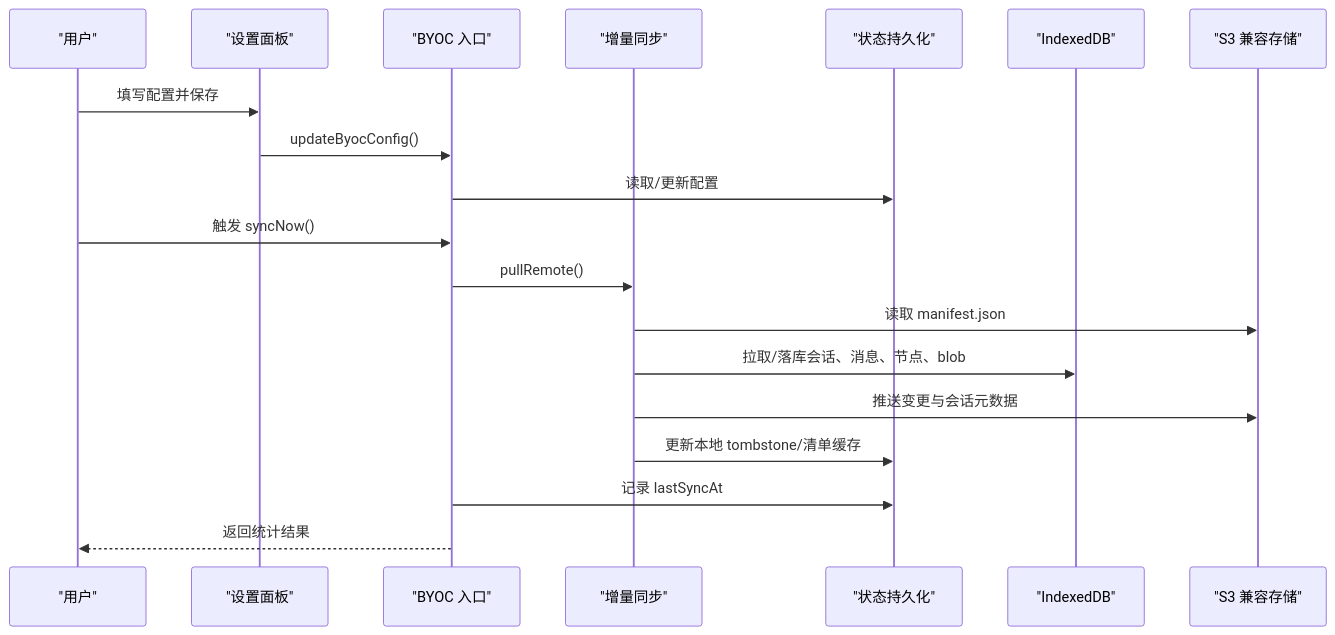
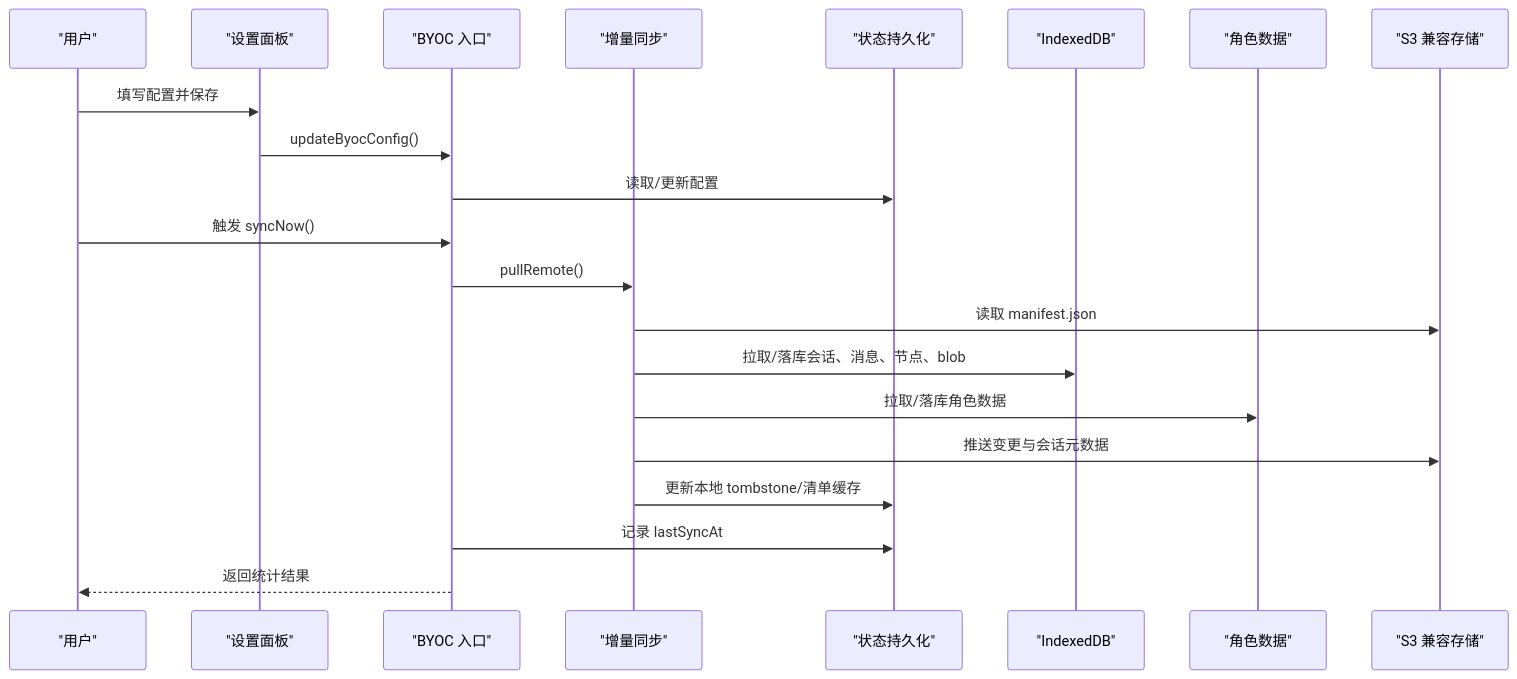
Before and after one commit to billye220670/AIShop: the second of 5 diagrams in .qoder/repowiki/zh/content/数据持久化/BYOC云同步系统.md, drawn with Mermaid. The commit also changed other lines of this file and 32 other files, not shown here.

````diff
--- a/.qoder/repowiki/zh/content/数据持久化/BYOC云同步系统.md
+++ b/.qoder/repowiki/zh/content/数据持久化/BYOC云同步系统.md
@@ -89,21 +104,23 @@
 ```mermaid
 sequenceDiagram
 participant U as "用户"
 participant UI as "设置面板"
 participant API as "BYOC 入口"
 participant INC as "增量同步"
 participant ST as "状态持久化"
 participant DB as "IndexedDB"
+participant ROLE as "角色数据"
 participant S3 as "S3 兼容存储"
 U->>UI : 填写配置并保存
 UI->>API : updateByocConfig()
 API->>ST : 读取/更新配置
 U->>API : 触发 syncNow()
 API->>INC : pullRemote()
 INC->>S3 : 读取 manifest.json
 INC->>DB : 拉取/落库会话、消息、节点、blob
+INC->>ROLE : 拉取/落库角色数据
 INC->>S3 : 推送变更与会话元数据
 INC->>ST : 更新本地 tombstone/清单缓存
 API->>ST : 记录 lastSyncAt
 API-->>U : 返回统计结果
 ```
````
